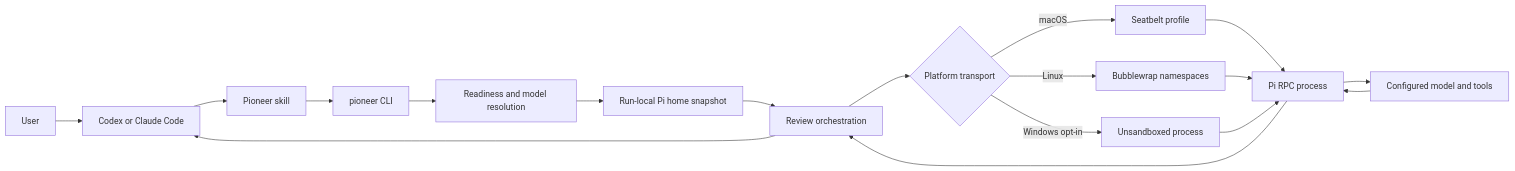
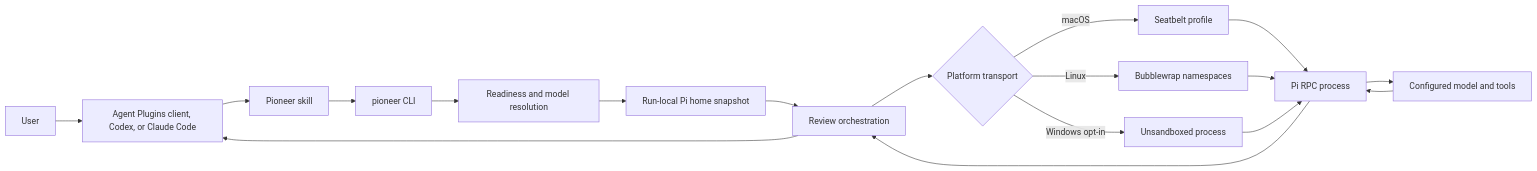
Before and after one commit to rock3r/pioneer: the diagram in docs/ARCHITECTURE.md, drawn with Mermaid. The commit also changed other lines of this file and 25 other files, not shown here.

````diff
--- a/docs/ARCHITECTURE.md
+++ b/docs/ARCHITECTURE.md
@@ -18,20 +18,20 @@
 ```mermaid
 flowchart LR
-    U["User"] --> A["Codex or Claude Code"]
+    U["User"] --> A["Agent Plugins client, Codex, or Claude Code"]
     A --> S["Pioneer skill"]
     S --> C["pioneer CLI"]
     C --> R["Readiness and model resolution"]
     R --> H["Run-local Pi home snapshot"]
     H --> O["Review orchestration"]
     O --> X{"Platform transport"}
     X -->|"macOS"| M["Seatbelt profile"]
     X -->|"Linux"| L["Bubblewrap namespaces"]
     X -->|"Windows opt-in"| W["Unsandboxed process"]
     M --> P["Pi RPC process"]
     L --> P
     W --> P
     P --> T["Configured model and tools"]
     T --> P
     P --> O
     O --> A
 ```
````
